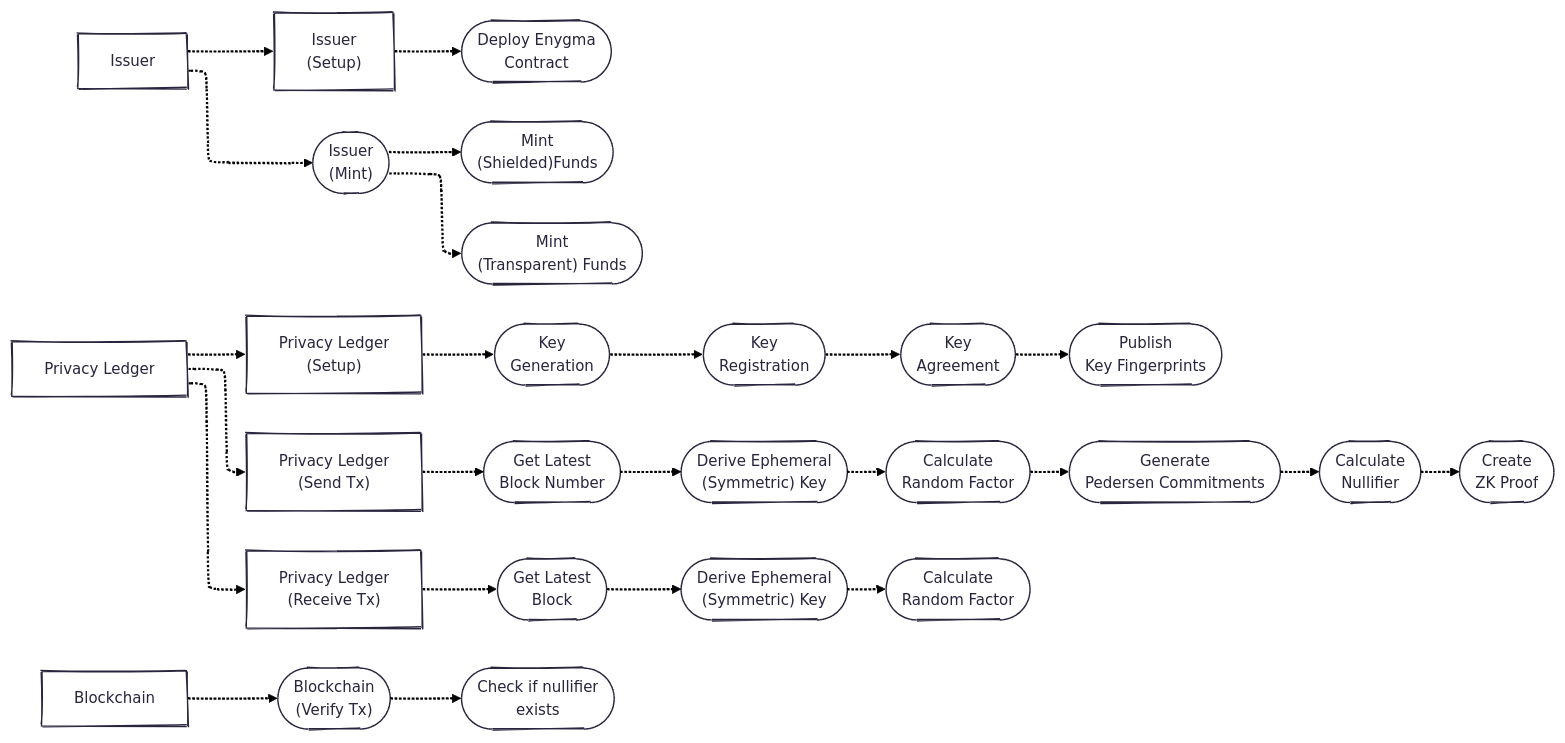
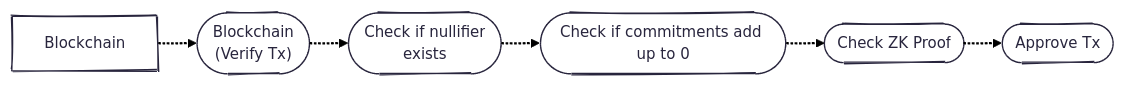
Before and after one commit to raylsnetwork/Enygma: the fourth of 5 diagrams in enygma_payments/README.md, drawn with Mermaid.

Commit message:
Simplify flowchart and update verification steps
Removed detailed flowchart entities and connections related to Issuer and Privacy Ledger, and updated Blockchain verification steps.

````diff
--- a/enygma_payments/README.md
+++ b/enygma_payments/README.md
@@ -120,64 +120,22 @@
 ```mermaid
 ---
 config:
   theme: redux
   layout: elk
   look: handDrawn
 ---
 flowchart LR
 
     %% Entities
-    issuer["Issuer"]
-    pl["Privacy Ledger"]
     b["Blockchain"]
-
-    %% I (Setup)
-    i_setup["Issuer<br>(Setup)"]
-    deploy(["Deploy Enygma<br>Contract"])
-
-    %% I (Mint)
-    i_mint(["Issuer<br>(Mint)"])
-    mint_shield(["Mint<br>(Shielded)Funds"])
-    mint_transparent(["Mint<br>(Transparent) Funds"])
-
-
-    %% PL (Setup)
-    pl_setup["Privacy Ledger<br>(Setup)"]
-    keygen(["Key<br>Generation"])
-    register(["Key<br>Registration"])
-    kem(["Key<br>Agreement"])
-    publish(["Publish<br>Key Fingerprints"])
-
-    %% PL (Send)
-    pl_send["Privacy Ledger<br>(Send Tx)"]
-    getblock_send(["Get Latest<br>Block Number"])
-    derivesendkey(["Derive Ephemeral<br>(Symmetric) Key"])
-    calcR_send(["Calculate<br>Random Factor"])
-    tx_commits(["Generate<br>Pedersen Commitments"])
-    nullifier(["Calculate<br>Nullifier"])
-    zk_proof(["Create<br>ZK Proof"])
-
-    %% PL (Receive)
-    pl_receive["Privacy Ledger<br>(Receive Tx)"]
-    derivereceivekey(["Derive Ephemeral<br>(Symmetric) Key"])
-    calcR_receive(["Calculate<br>Random Factor"])
-    getblock_receive(["Get Latest<br>Block"])
 
     %% Blockchain (Verifier)
     verify_tx(["Blockchain<br>(Verify Tx)"])
-    check_zk(["Check if nullifier<br>exists"])
+    check_nullifier(["Check if nullifier<br>exists"])
+    check_commit(["Check if commitments add up to 0"])
+    check_zk(["Check ZK Proof"])
+    tally(["Approve Tx"])
 
 
-    %% Flow Connections
-    issuer -.-> i_setup & i_mint
-    i_setup -.-> deploy
-    i_mint -.-> mint_shield & mint_transparent
-
-    pl -.-> pl_setup & pl_send & pl_receive
-
-    pl_setup -.-> keygen -.-> register -.-> kem -.-> publish
-    pl_send -.-> getblock_send -.-> derivesendkey -.-> calcR_send -.-> tx_commits -.-> nullifier -.-> zk_proof
-    pl_receive -.-> getblock_receive -.-> derivereceivekey -.-> calcR_receive
-
-    b -.-> verify_tx -.-> check_zk
+    b -.-> verify_tx -.-> check_nullifier -.-> check_commit -.-> check_zk -.-> tally
 ```
````
